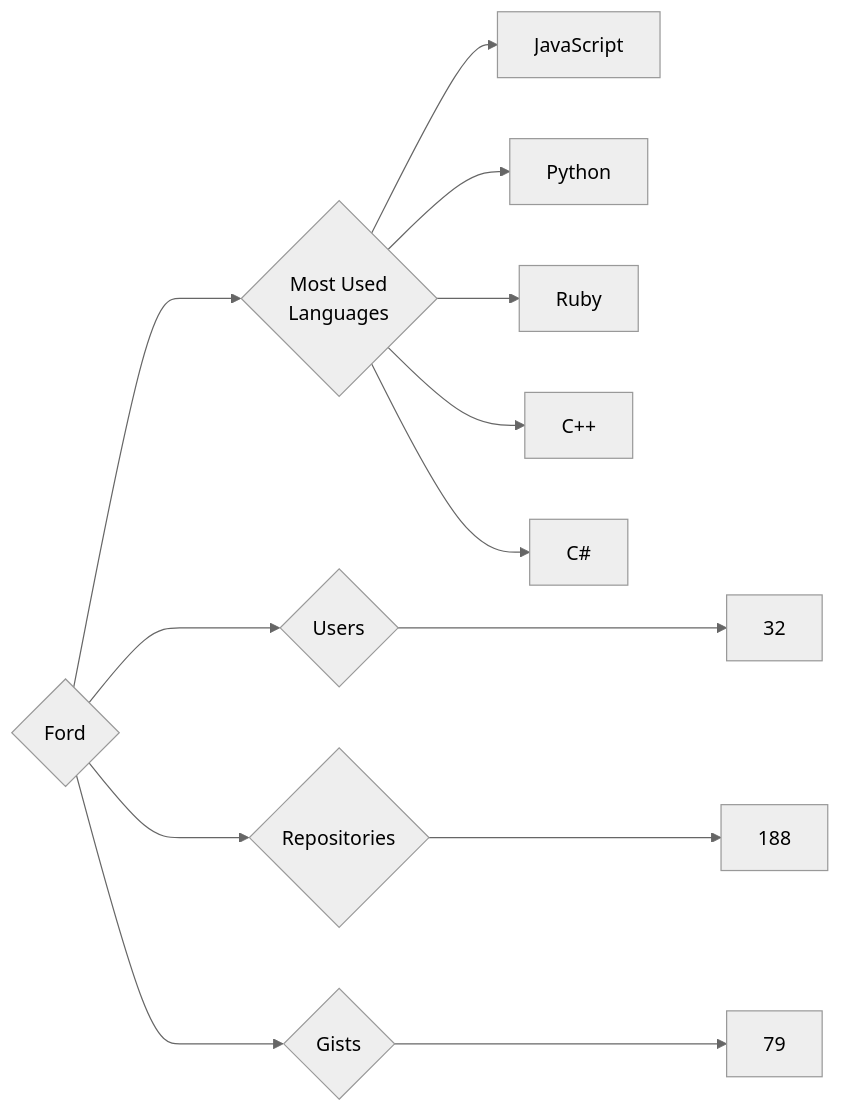
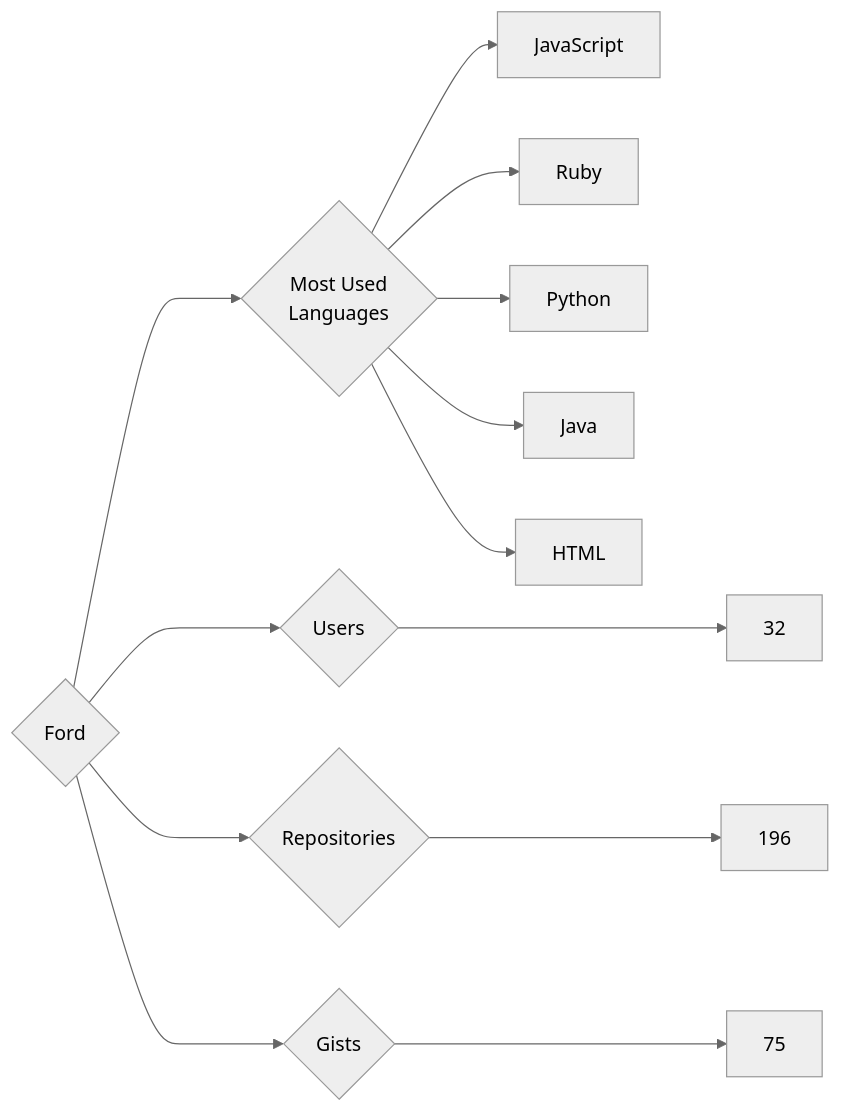
One commit to trickest/insiders changed the diagram in targets/Ford/README.md. Above: the diagram before and after it, drawn with Mermaid (neutral theme). The commit also changed 838 other files, not shown here.

````diff
--- a/targets/Ford/README.md
+++ b/targets/Ford/README.md
@@ -3,13 +3,13 @@
 ```mermaid
 graph LR
 COMPANY_NAME{Ford}
 COMPANY_NAME ---> U{Users} ---> UN[32]
-COMPANY_NAME ---> R{Repositories} ---> RN[188]
-COMPANY_NAME ---> G{Gists} ---> GN[79]
+COMPANY_NAME ---> R{Repositories} ---> RN[196]
+COMPANY_NAME ---> G{Gists} ---> GN[75]
 COMPANY_NAME ---> ML{Most Used<br>Languages}
 ML --> JavaScript[JavaScript]
+ML --> Ruby[Ruby]
 ML --> Python[Python]
-ML --> Ruby[Ruby]
-ML --> C++[C++]
-ML --> C#[C#]
+ML --> Java[Java]
+ML --> HTML[HTML]
 ```
````
